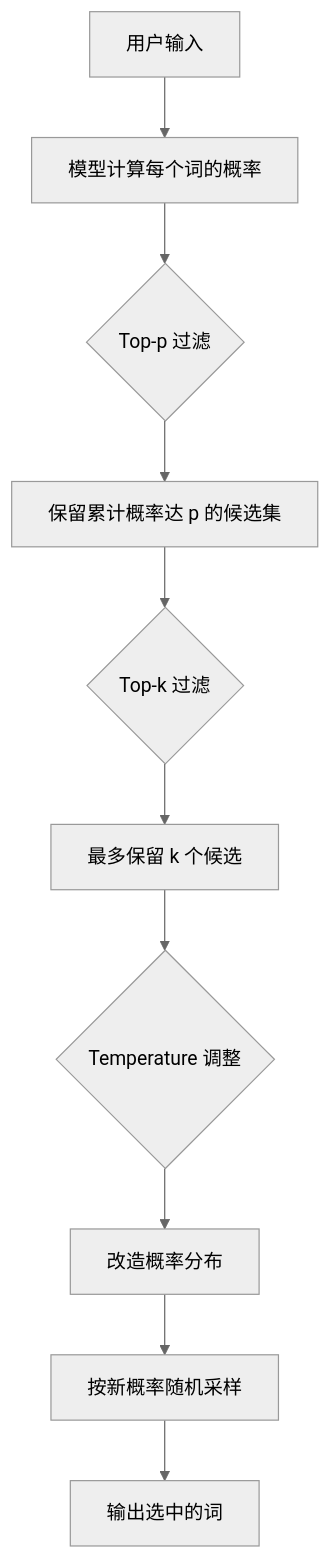
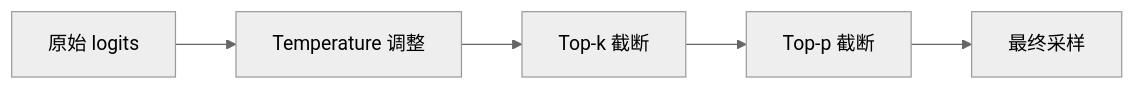
The fourth of 5 diagrams in docs/basics/temperature-sampling.md (Unclecheng-li/Hello-AI), drawn with Mermaid (neutral theme) before and after one commit. The commit also changed other lines of this file and 7 other files, not shown here.

````diff
--- a/docs/basics/temperature-sampling.md
+++ b/docs/basics/temperature-sampling.md
@@ -189,12 +123,7 @@
 ```mermaid
-flowchart TD
-    A[用户输入] --> B[模型计算每个词的概率]
-    B --> C{Top-p 过滤}
-    C --> D[保留累计概率达 p 的候选集]
-    D --> E{Top-k 过滤}
-    E --> F[最多保留 k 个候选]
-    F --> G{Temperature 调整}
-    G --> H[改造概率分布]
-    H --> I[按新概率随机采样]
-    I --> J[输出选中的词]
+flowchart LR
+    A[原始 logits] --> B[Temperature 调整]
+    B --> C[Top-k 截断]
+    C --> D[Top-p 截断]
+    D --> E[最终采样]
 ```
````
